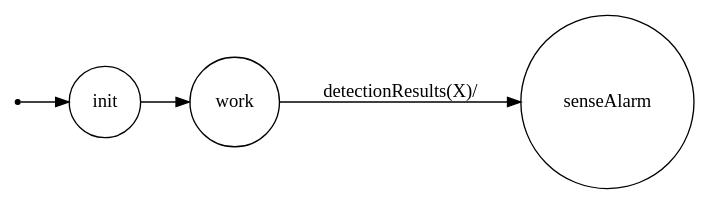
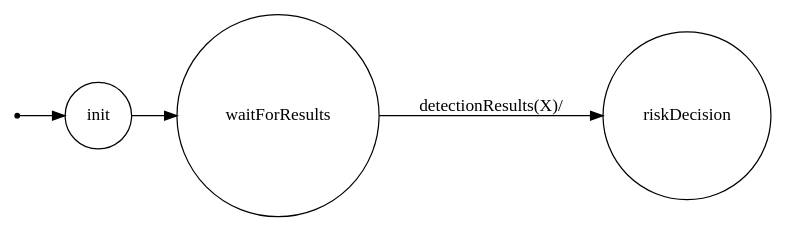
One commit to PaoloSarti/EsameISS changed the diagram in TestCase2016Analysis/bin/it/unibo/asc/dotFsm.gv. Above: the diagram before and after it, drawn with Graphviz. The commit also changed 21 other files, not shown here.

```diff
--- a/TestCase2016Analysis/bin/it/unibo/asc/dotFsm.gv
+++ b/TestCase2016Analysis/bin/it/unibo/asc/dotFsm.gv
@@ -1,22 +1,22 @@
 /*
 *
 * A GraphViz DOT FSM description 
 * Please use a GraphViz visualizer (like http://www.webgraphviz.com)
 * 
 * Generated by AM,NC,RM
 *  
 */
  
 digraph finite_state_machine {
   	rankdir=LR;
   	size="8,5"
   	node [shape = point]; iniziale;
   	node [shape = doublecircle]; 
   	node [shape = circle];
   	iniziale -> init [label = ""];
   	
   	
-  	init -> work [ label = ""];
+  	init -> waitForResults [ label = ""];
   	
-  	work -> senseAlarm [ label = "detectionResults(X)/"];
+  	waitForResults -> riskDecision [ label = "detectionResults(X)/"];
 }
```
